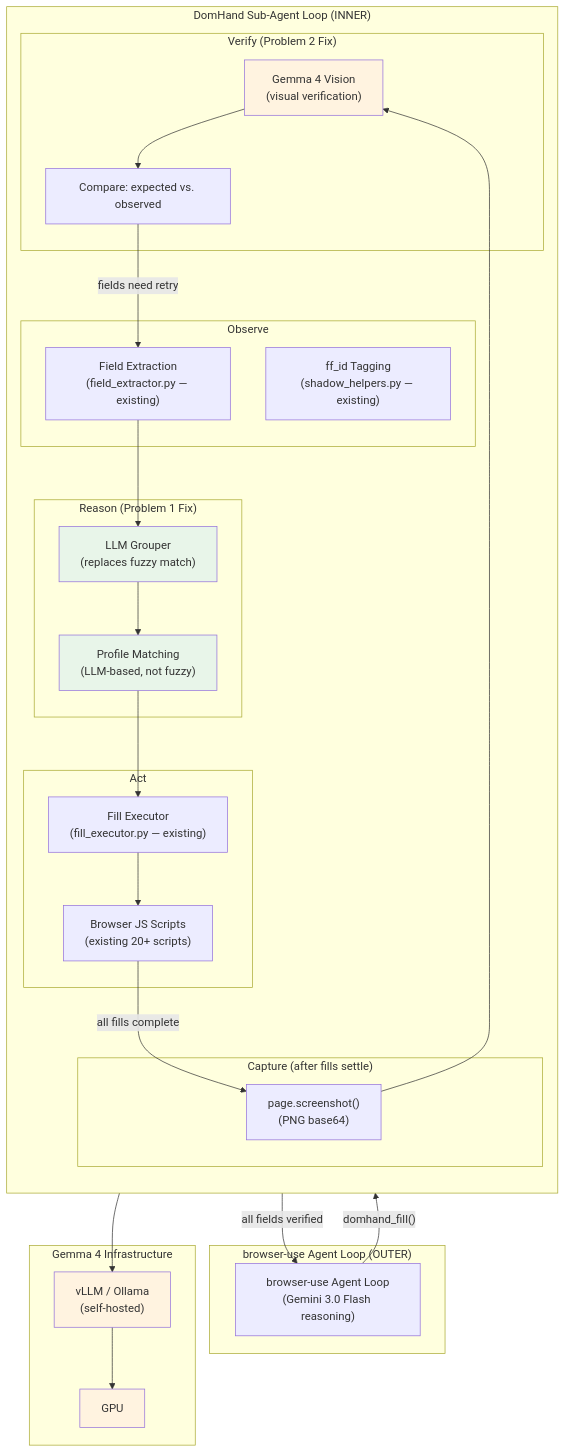
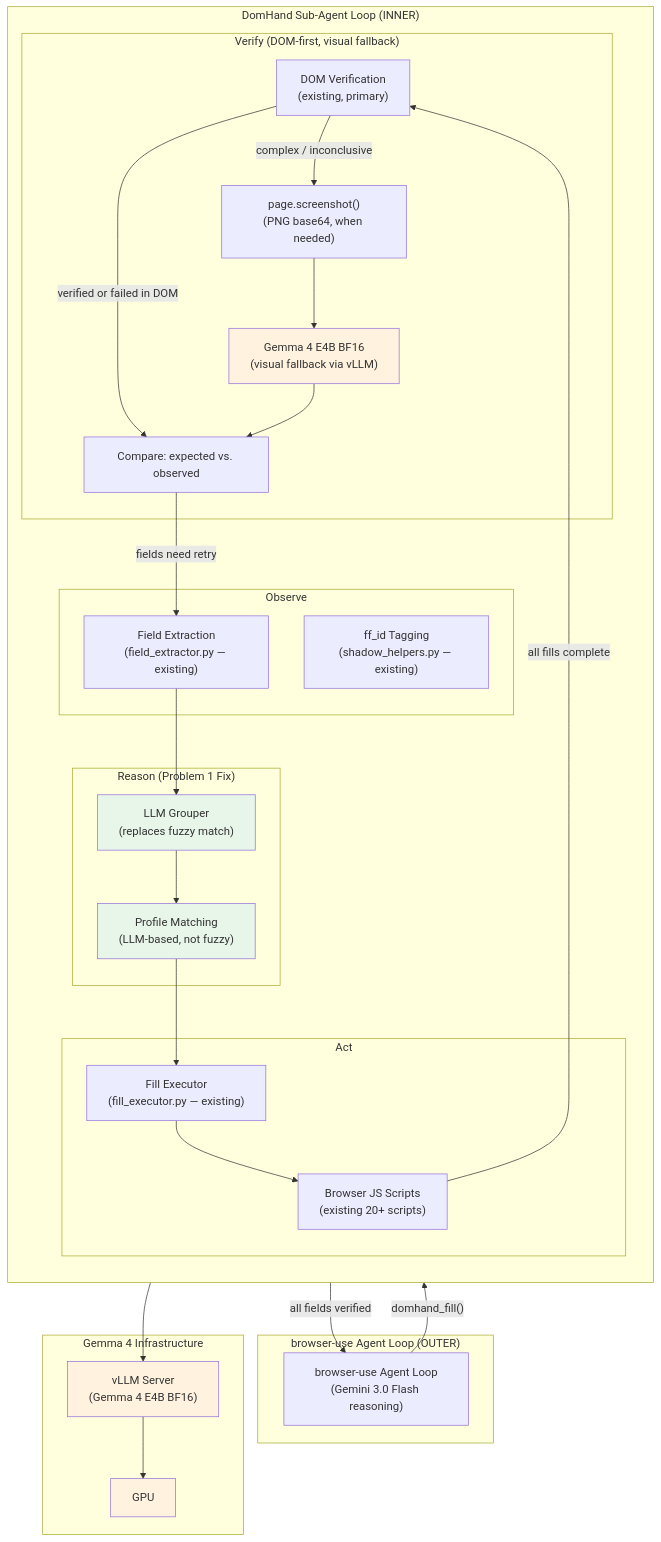
Before and after one commit to WeKruit/Hand-X: the first of 7 diagrams in .planning/research/V4.0-DOMHAND-ENRICHMENT-OOD.md, drawn with Mermaid. The commit also changed other lines of this file, not shown here.

````diff
--- a/.planning/research/V4.0-DOMHAND-ENRICHMENT-OOD.md
+++ b/.planning/research/V4.0-DOMHAND-ENRICHMENT-OOD.md
@@ -99,60 +101,60 @@
 ```mermaid
 graph TB
     subgraph "browser-use Agent Loop (OUTER)"
         AgentLoop["browser-use Agent Loop<br/>(Gemini 3.0 Flash reasoning)"]
     end
 
     subgraph "DomHand Sub-Agent Loop (INNER)"
         direction TB
 
         subgraph "Observe"
             Extract["Field Extraction<br/>(field_extractor.py — existing)"]
             FFTag["ff_id Tagging<br/>(shadow_helpers.py — existing)"]
         end
 
         subgraph "Reason (Problem 1 Fix)"
             LLMGrouper["LLM Grouper<br/>(replaces fuzzy match)"]
             ProfileMatch["Profile Matching<br/>(LLM-based, not fuzzy)"]
         end
 
         subgraph "Act"
             FillExecutor["Fill Executor<br/>(fill_executor.py — existing)"]
             BrowserScripts["Browser JS Scripts<br/>(existing 20+ scripts)"]
         end
 
-        subgraph "Capture (after fills settle)"
-            Screenshot["page.screenshot()<br/>(PNG base64)"]
-        end
-
-        subgraph "Verify (Problem 2 Fix)"
-            Gemma4["Gemma 4 Vision<br/>(visual verification)"]
+        subgraph "Verify (DOM-first, visual fallback)"
+            DOMVerify["DOM Verification<br/>(existing, primary)"]
+            Screenshot["page.screenshot()<br/>(PNG base64, when needed)"]
+            Gemma4["Gemma 4 E4B BF16<br/>(visual fallback via vLLM)"]
             VerifyCompare["Compare: expected vs. observed"]
         end
 
         Extract --> LLMGrouper
         LLMGrouper --> ProfileMatch
         ProfileMatch --> FillExecutor
         FillExecutor --> BrowserScripts
-        BrowserScripts -->|"all fills complete"| Screenshot
+        BrowserScripts -->|"all fills complete"| DOMVerify
+        DOMVerify -->|"verified or failed in DOM"| VerifyCompare
+        DOMVerify -->|"complex / inconclusive"| Screenshot
         Screenshot --> Gemma4
         Gemma4 --> VerifyCompare
         VerifyCompare -->|"fields need retry"| Extract
     end
 
     subgraph "Gemma 4 Infrastructure"
-        VLLMServer["vLLM / Ollama<br/>(self-hosted)"]
+        VLLMServer["vLLM Server<br/>(Gemma 4 E4B BF16)"]
         GPU["GPU"]
     end
 
     AgentLoop -->|"domhand_fill()"| Extract
     VerifyCompare -->|"all fields verified"| AgentLoop
 
     Gemma4 --> VLLMServer
     VLLMServer --> GPU
 
     style LLMGrouper fill:#e8f5e9
     style ProfileMatch fill:#e8f5e9
     style Gemma4 fill:#fff3e0
     style VLLMServer fill:#fff3e0
     style GPU fill:#fff3e0
 ```
````
